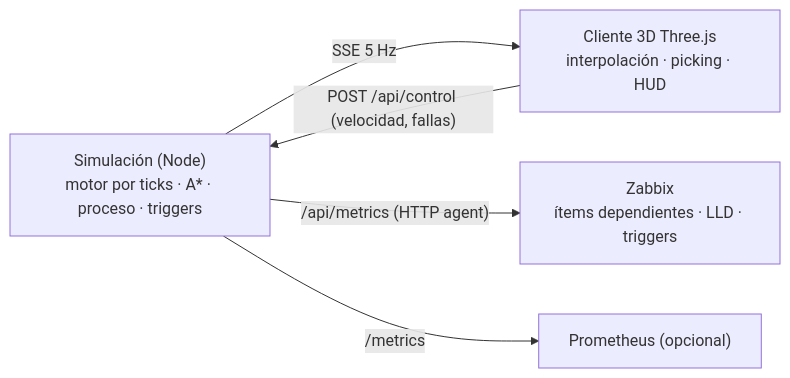
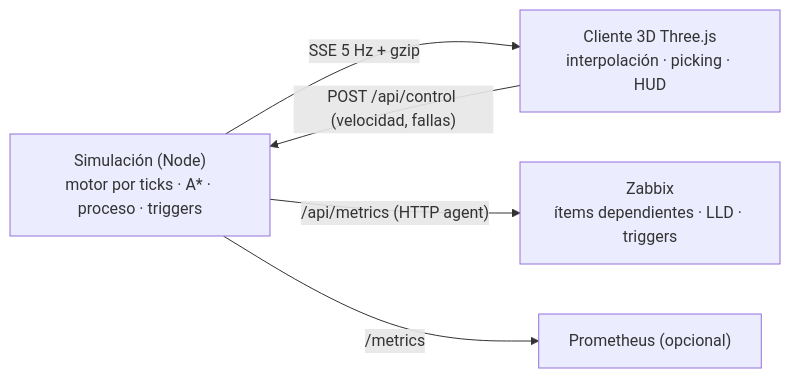
The diagram in README.md (SimonLexRS/Zabbix-Demo-Manufactura), drawn with Mermaid before and after one commit. The commit also changed other lines of this file and 12 other files, not shown here.

````diff
--- a/README.md
+++ b/README.md
@@ -7,7 +7,7 @@
 ```mermaid
 flowchart LR
-  SIM["Simulación (Node)<br/>motor por ticks · A* · proceso · triggers"] -->|SSE 5 Hz| WEB["Cliente 3D Three.js<br/>interpolación · picking · HUD"]
+  SIM["Simulación (Node)<br/>motor por ticks · A* · proceso · triggers"] -->|SSE 5 Hz + gzip| WEB["Cliente 3D Three.js<br/>interpolación · picking · HUD"]
   SIM -->|"/api/metrics (HTTP agent)"| ZBX["Zabbix<br/>ítems dependientes · LLD · triggers"]
   SIM -->|"/metrics"| PROM["Prometheus (opcional)"]
   WEB -->|"POST /api/control (velocidad, fallas)"| SIM
 ```
````
